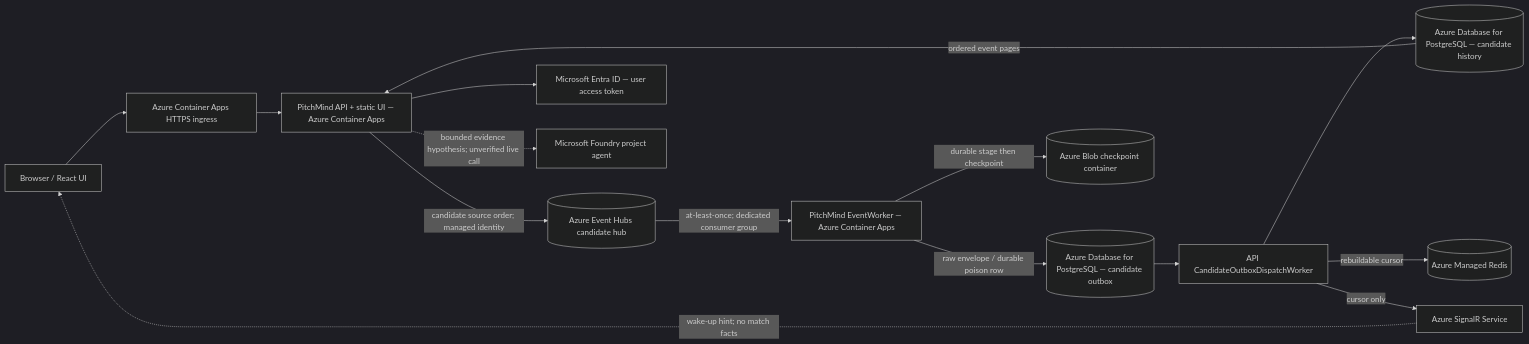
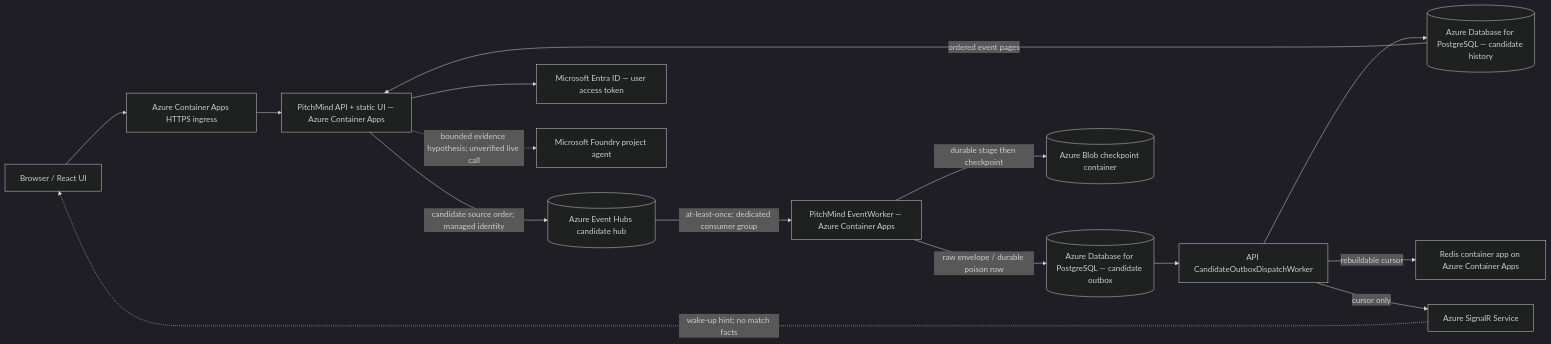
Before and after one commit to prateekgangopadhyay/PitchMind: the first of 4 diagrams in docs/architecture/02-container.md, drawn with Mermaid (dark theme). The commit also changed other lines of this file and 17 other files, not shown here.

Commit message:
Update current architecture docs and sign-in hero

````diff
--- a/docs/architecture/02-container.md
+++ b/docs/architecture/02-container.md
@@ -7,17 +7,17 @@
 ```mermaid
 flowchart LR
   Browser["Browser / React UI"] --> ACA["Azure Container Apps HTTPS ingress"]
   ACA --> API["PitchMind API + static UI — Azure Container Apps"]
   API -->|"candidate source order; managed identity"| EH[("Azure Event Hubs candidate hub")]
   EH -->|"at-least-once; dedicated consumer group"| Worker["PitchMind EventWorker — Azure Container Apps"]
   Worker -->|"raw envelope / durable poison row"| PGOutbox[("Azure Database for PostgreSQL — candidate outbox")]
   Worker -->|"durable stage then checkpoint"| Blob[("Azure Blob checkpoint container")]
   PGOutbox --> Dispatch["API CandidateOutboxDispatchWorker"]
   Dispatch --> PGHistory[("Azure Database for PostgreSQL — candidate history")]
-  Dispatch -->|"rebuildable cursor"| Redis[("Azure Managed Redis")]
+  Dispatch -->|"rebuildable cursor"| Redis["Redis container app on Azure Container Apps"]
   Dispatch -->|"cursor only"| SignalR["Azure SignalR Service"]
   PGHistory -->|"ordered event pages"| API
   SignalR -. "wake-up hint; no match facts" .-> Browser
   API --> Entra["Microsoft Entra ID — user access token"]
   API -. "bounded evidence hypothesis; unverified live call" .-> Foundry["Microsoft Foundry project agent"]
 ```
````
